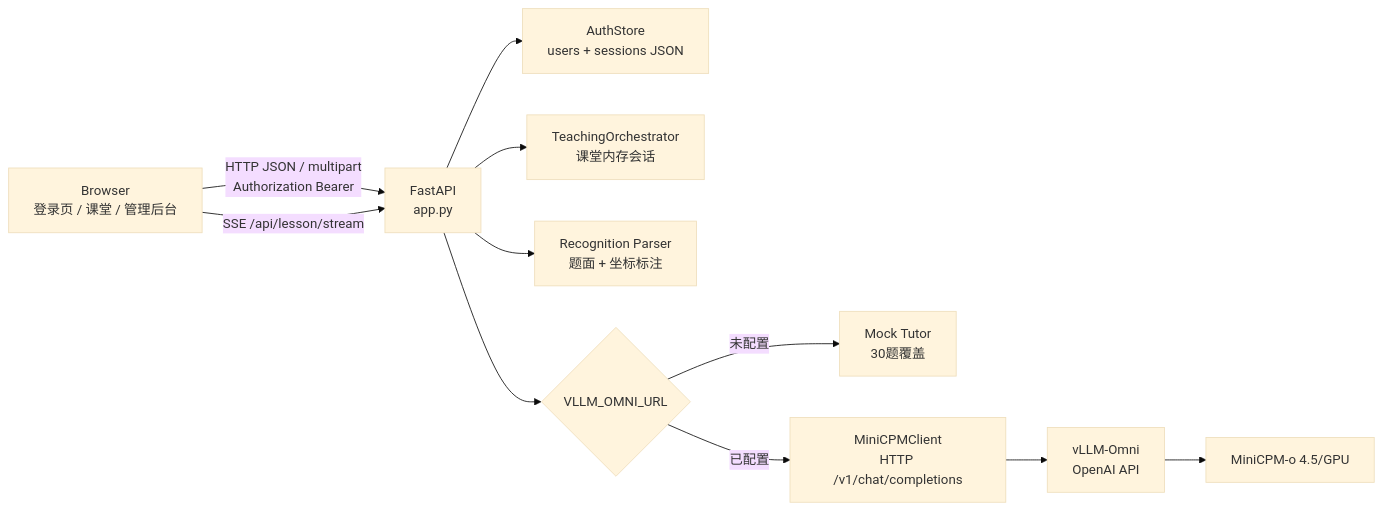
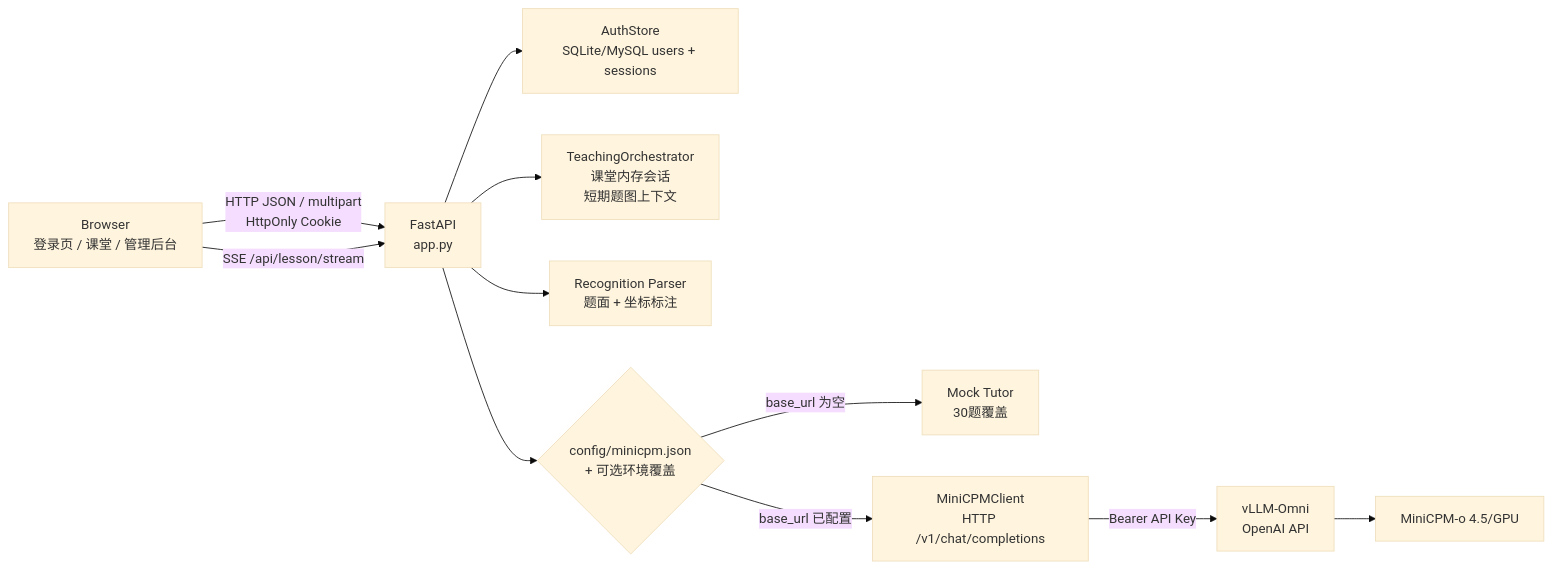
One commit to hailaobao2026/ai-teaching-miniCPM changed the first of 4 diagrams in docs/02-概要设计.md. Above: the diagram before and after it, drawn with Mermaid (base theme). The commit also changed other lines of this file and 73 other files, not shown here.

````diff
--- a/docs/02-概要设计.md
+++ b/docs/02-概要设计.md
@@ -16,13 +16,13 @@
 ```mermaid
 flowchart LR
-    B[Browser<br/>登录页 / 课堂 / 管理后台] -->|HTTP JSON / multipart<br/>Authorization Bearer| A[FastAPI<br/>app.py]
+    B[Browser<br/>登录页 / 课堂 / 管理后台] -->|HTTP JSON / multipart<br/>HttpOnly Cookie| A[FastAPI<br/>app.py]
     B -->|SSE /api/lesson/stream| A
-    A --> AUTH[AuthStore<br/>users + sessions JSON]
-    A --> O[TeachingOrchestrator<br/>课堂内存会话]
+    A --> AUTH[AuthStore<br/>SQLite/MySQL users + sessions]
+    A --> O[TeachingOrchestrator<br/>课堂内存会话<br/>短期题图上下文]
     A --> R[Recognition Parser<br/>题面 + 坐标标注]
-    A --> M{VLLM_OMNI_URL}
-    M -->|未配置| K[Mock Tutor<br/>30题覆盖]
-    M -->|已配置| C[MiniCPMClient<br/>HTTP /v1/chat/completions]
-    C --> G[vLLM-Omni<br/>OpenAI API]
+    A --> M{config/minicpm.json<br/>+ 可选环境覆盖}
+    M -->|base_url 为空| K[Mock Tutor<br/>30题覆盖]
+    M -->|base_url 已配置| C[MiniCPMClient<br/>HTTP /v1/chat/completions]
+    C -->|Bearer API Key| G[vLLM-Omni<br/>OpenAI API]
     G --> P[MiniCPM-o 4.5/GPU]
 ```
````
